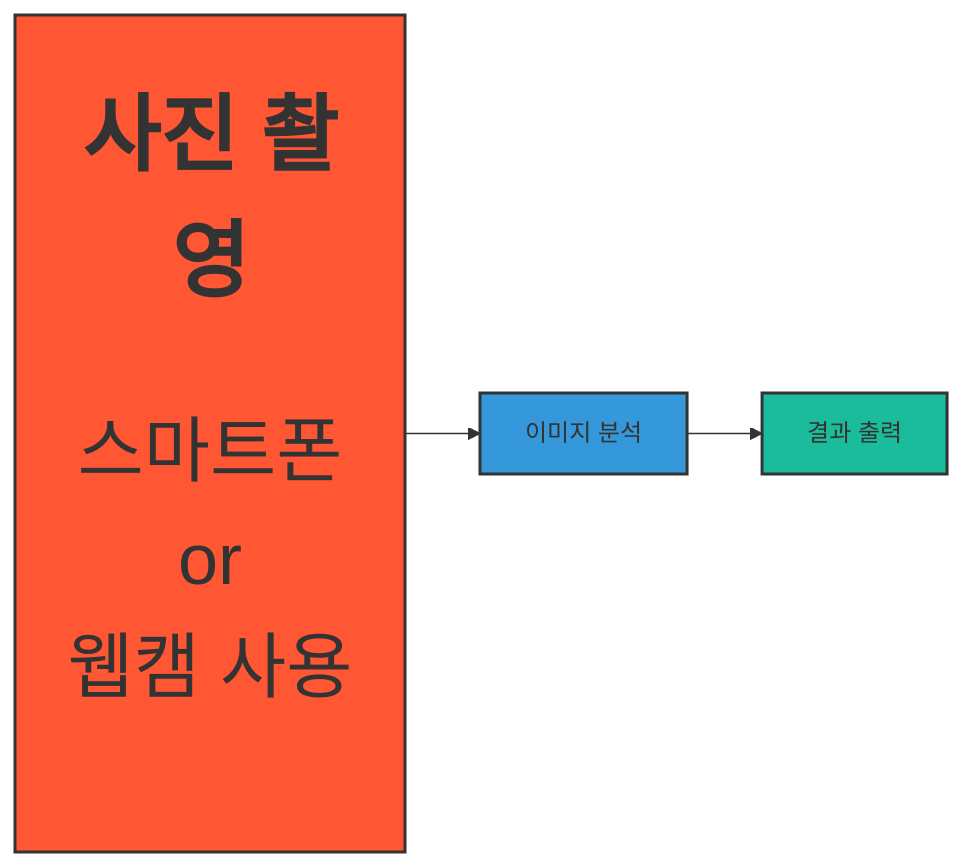
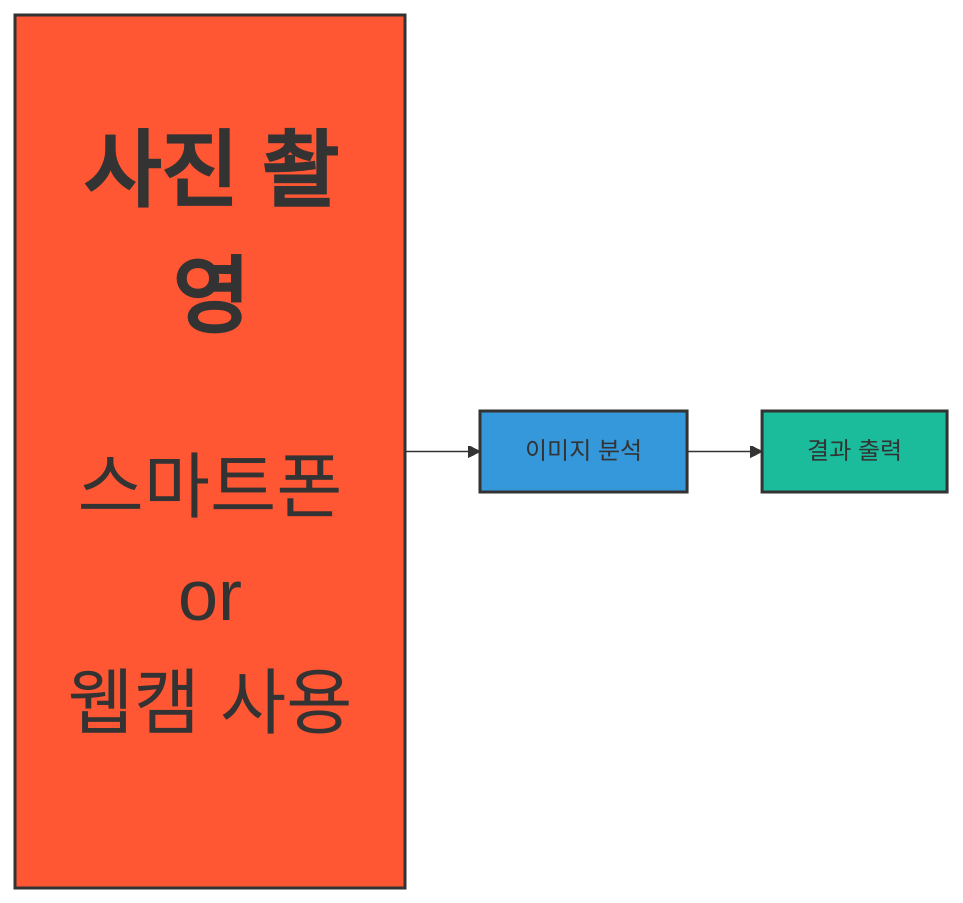
The diagram in Readme.md (201710808/-p), drawn with Mermaid before and after one commit.

````diff
--- a/Readme.md
+++ b/Readme.md
@@ -3,10 +3,10 @@
 ```mermaid
 graph LR
-A[<br><b><span style='font-size:56px'>사진 촬영</span></b>\n\n\n<span style='font-size:48px'>스마트폰\nor\n웹캠 사용<br><br>] --> B[이미지 분석]
+A[<br><br><b><span style='font-size:56px'>사진 촬영</span></b>\n\n\n<span style='font-size:48px'>스마트폰\nor\n웹캠 사용<br><br>] --> B[이미지 분석]
 B --> C[결과 출력]
 
 style A fill:#FF5733,stroke:#333,stroke-width:2px
 style B fill:#3498db,stroke:#333,stroke-width:2px
 style C fill:#1abc9c,stroke:#333,stroke-width:2px
 
 ```
````
